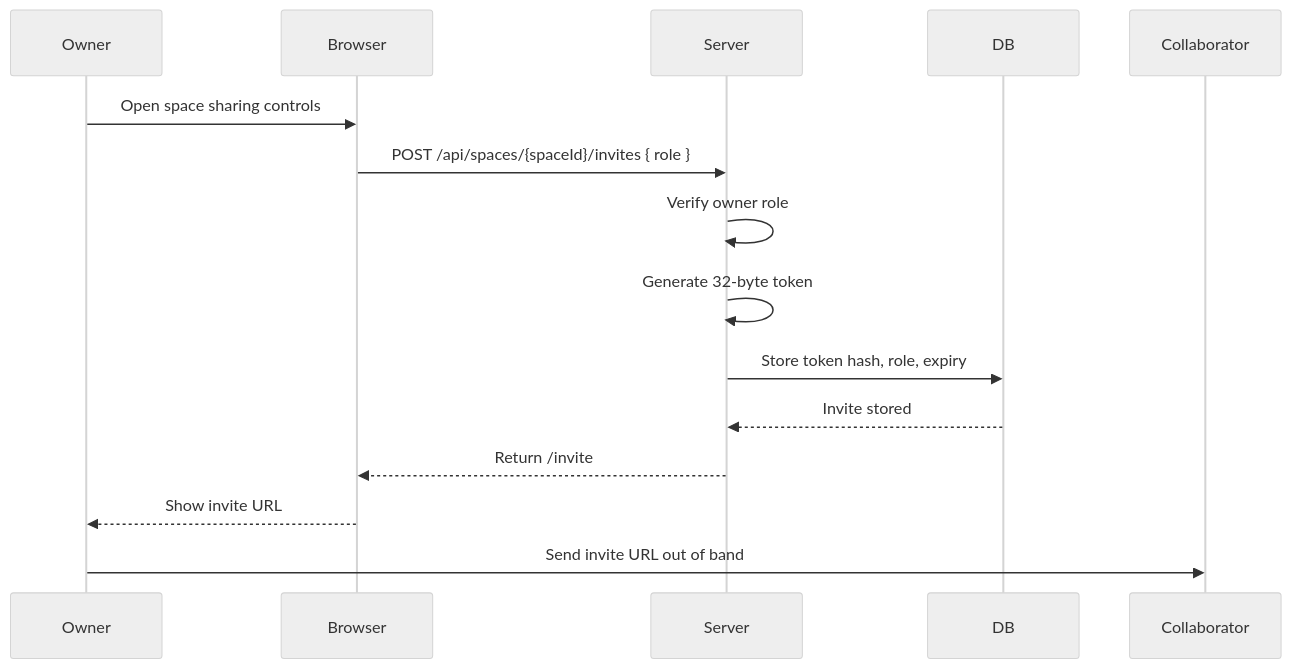
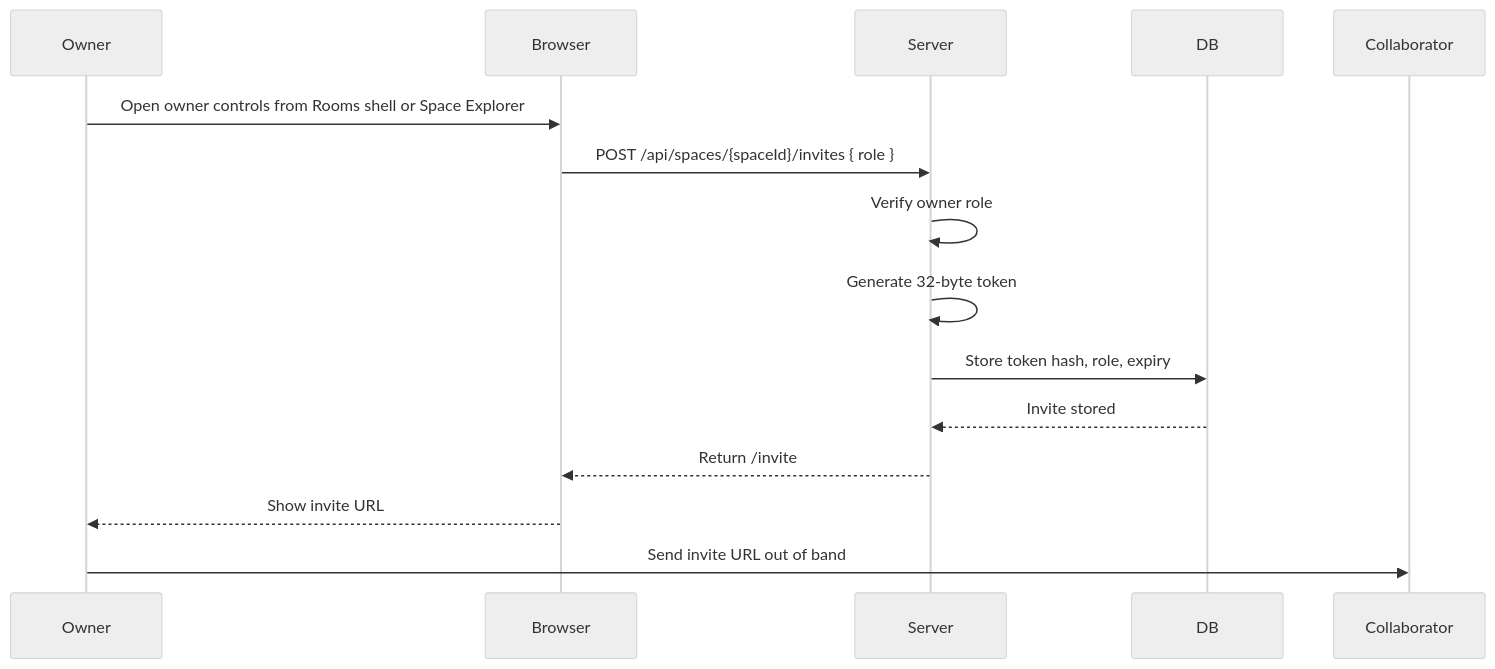
The first of 4 diagrams in docs/flows/02-share-space.md (jchadwick/ai-spaces), drawn with Mermaid (neutral theme) before and after one commit. The commit also changed other lines of this file and 33 other files, not shown here.

Commit message:
Migrate web UI to Rooms prototype shell

````diff
--- a/docs/flows/02-share-space.md
+++ b/docs/flows/02-share-space.md
@@ -12,18 +12,18 @@
 ```mermaid
 sequenceDiagram
     participant Owner
     participant Browser
     participant Server
     participant DB
     participant Collaborator
 
-    Owner->>Browser: Open space sharing controls
+    Owner->>Browser: Open owner controls from Rooms shell or Space Explorer
     Browser->>Server: POST /api/spaces/{spaceId}/invites { role }
     Server->>Server: Verify owner role
     Server->>Server: Generate 32-byte token
     Server->>DB: Store token hash, role, expiry
     DB-->>Server: Invite stored
     Server-->>Browser: Return /invite#token=...
     Browser-->>Owner: Show invite URL
     Owner->>Collaborator: Send invite URL out of band
 ```
````
